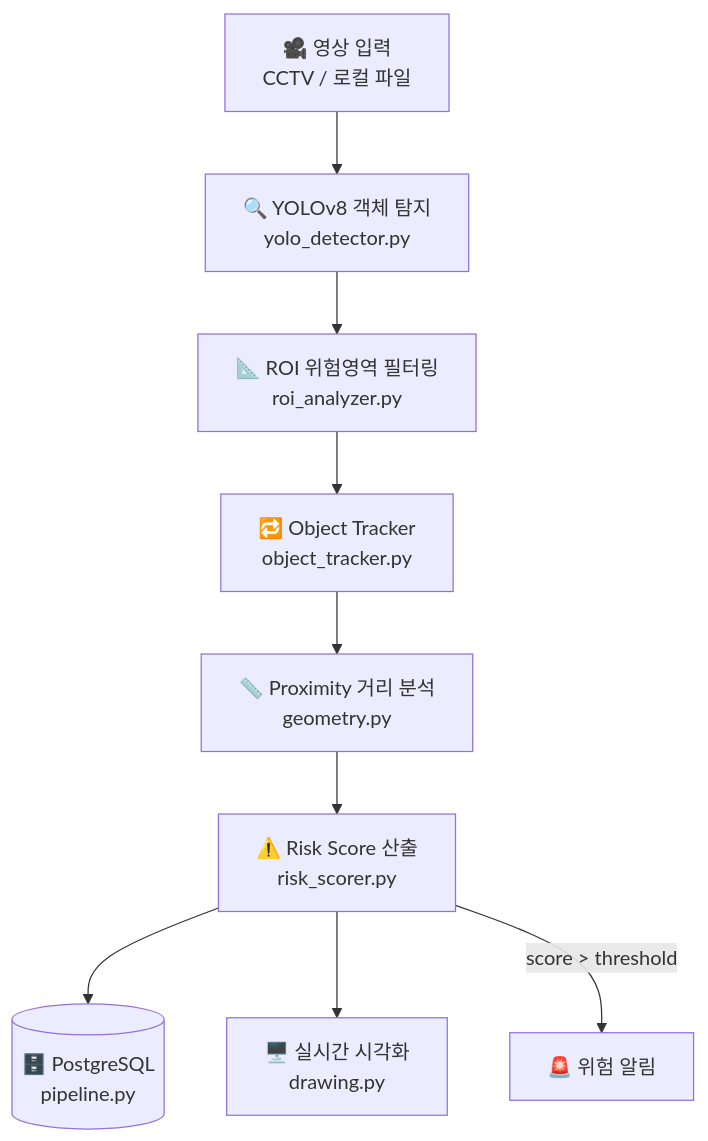
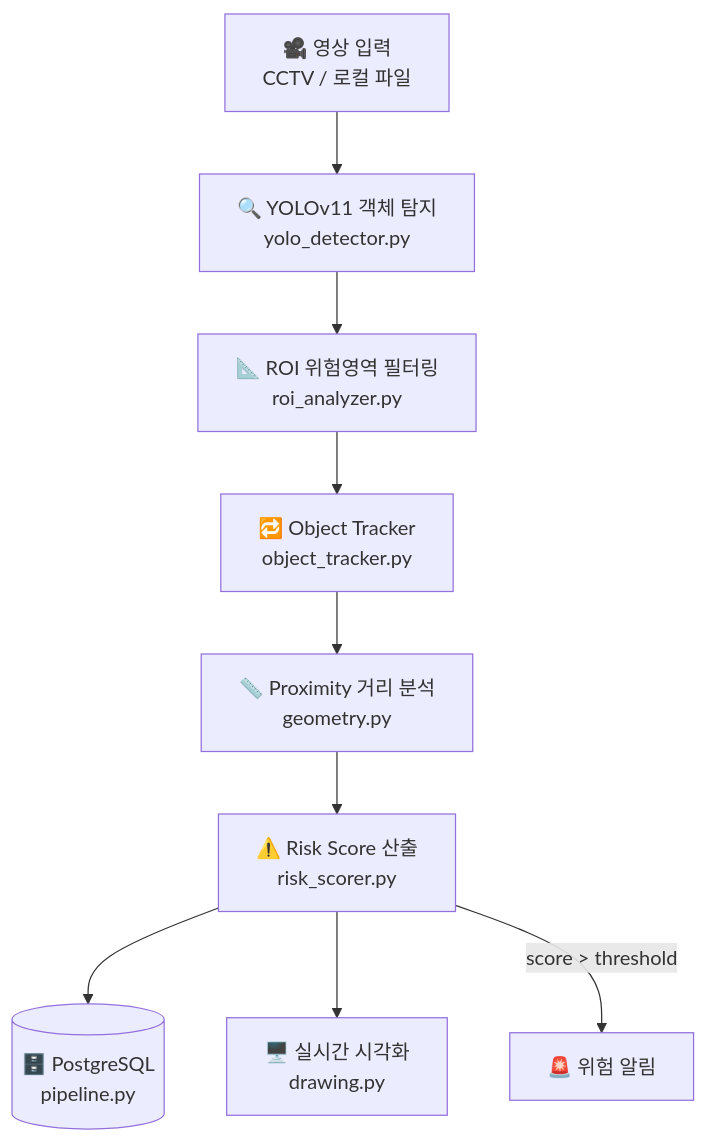
One commit to s38827550-sys/smart-crosswalk-risk-analyzer changed the diagram in README.md. Above: the diagram before and after it, drawn with Mermaid. The commit also changed other lines of this file, not shown here.

Commit message:
Update README for YOLOv11 object detection

````diff
--- a/README.md
+++ b/README.md
@@ -31,11 +31,11 @@
 ```mermaid
 graph TB
-    A[🎥 영상 입력<br/>CCTV / 로컬 파일] --> B[🔍 YOLOv8 객체 탐지<br/>yolo_detector.py]
+    A[🎥 영상 입력<br/>CCTV / 로컬 파일] --> B[🔍 YOLOv11 객체 탐지<br/>yolo_detector.py]
     B --> C[📐 ROI 위험영역 필터링<br/>roi_analyzer.py]
     C --> D[🔁 Object Tracker<br/>object_tracker.py]
     D --> E[📏 Proximity 거리 분석<br/>geometry.py]
     E --> F[⚠️ Risk Score 산출<br/>risk_scorer.py]
     F --> G[(🗄️ PostgreSQL<br/>pipeline.py)]
     F --> H[🖥️ 실시간 시각화<br/>drawing.py]
     F -->|score > threshold| I[🚨 위험 알림]
 ```
````
